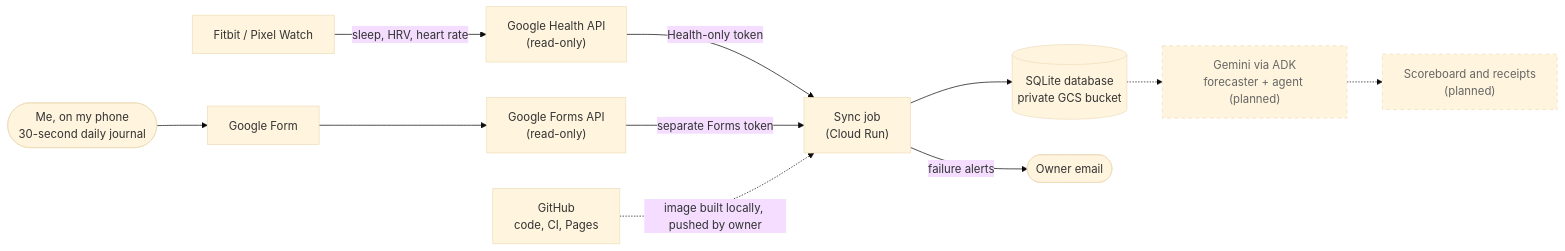
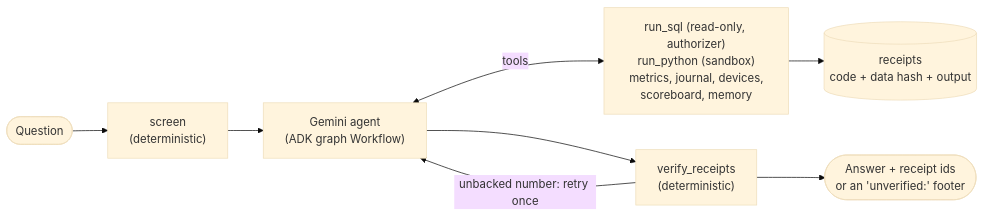
Before and after one commit to kb2326/calibrated-health-agent: the first of 2 diagrams in README.md, drawn with Mermaid (base theme). The commit also changed other lines of this file and 8 other files, not shown here.

````diff
--- a/README.md
+++ b/README.md
@@ -60,16 +61,10 @@
 ```mermaid
 flowchart LR
-  watch["Fitbit / Pixel Watch"] -->|"sleep, HRV, heart rate"| health["Google Health API<br/>(read-only)"]
-  phone(["Me, on my phone<br/>30-second daily journal"]) --> form["Google Form"]
-  form --> forms["Google Forms API<br/>(read-only)"]
-  health -->|"Health-only token"| sync["Sync job<br/>(Cloud Run)"]
-  forms -->|"separate Forms token"| sync
-  sync --> db[("SQLite database<br/>private GCS bucket")]
-  sync -->|"failure alerts"| mail(["Owner email"])
-  gh["GitHub<br/>code, CI, Pages"] -.->|"image built locally, pushed by owner"| sync
-  db -.-> gemini["Gemini via ADK<br/>forecaster + agent (planned)"]
-  gemini -.-> out["Scoreboard and receipts<br/>(planned)"]
-
-  classDef planned stroke-dasharray: 5 5,color:#666
-  class gemini,out planned
+  q(["Question"]) --> screen["screen<br/>(deterministic)"]
+  screen --> agent["Gemini agent<br/>(ADK graph Workflow)"]
+  agent <-->|"tools"| tools["run_sql (read-only, authorizer)<br/>run_python (sandbox)<br/>metrics, journal, devices,<br/>scoreboard, memory"]
+  tools --> rec[("receipts<br/>code + data hash + output")]
+  agent --> verify["verify_receipts<br/>(deterministic)"]
+  verify -->|"unbacked number: retry once"| agent
+  verify --> a(["Answer + receipt ids<br/>or an 'unverified:' footer"])
 ```
````
